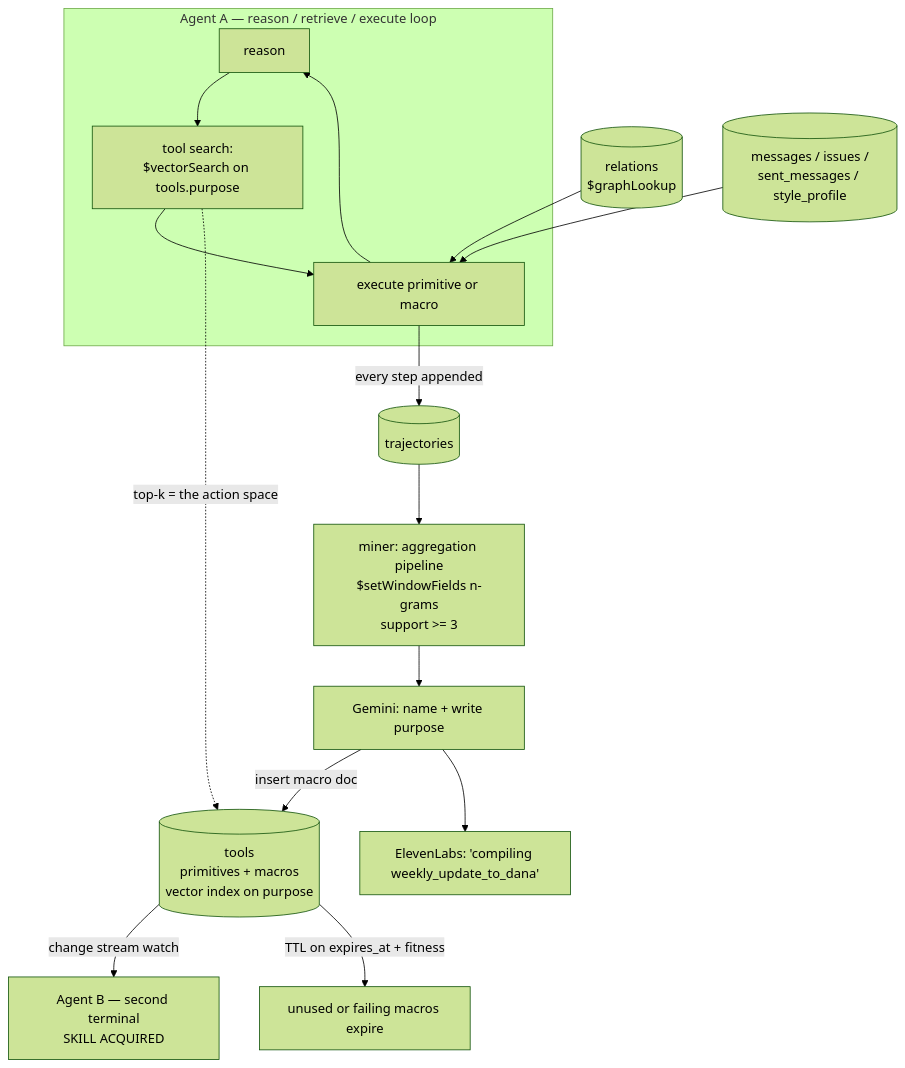
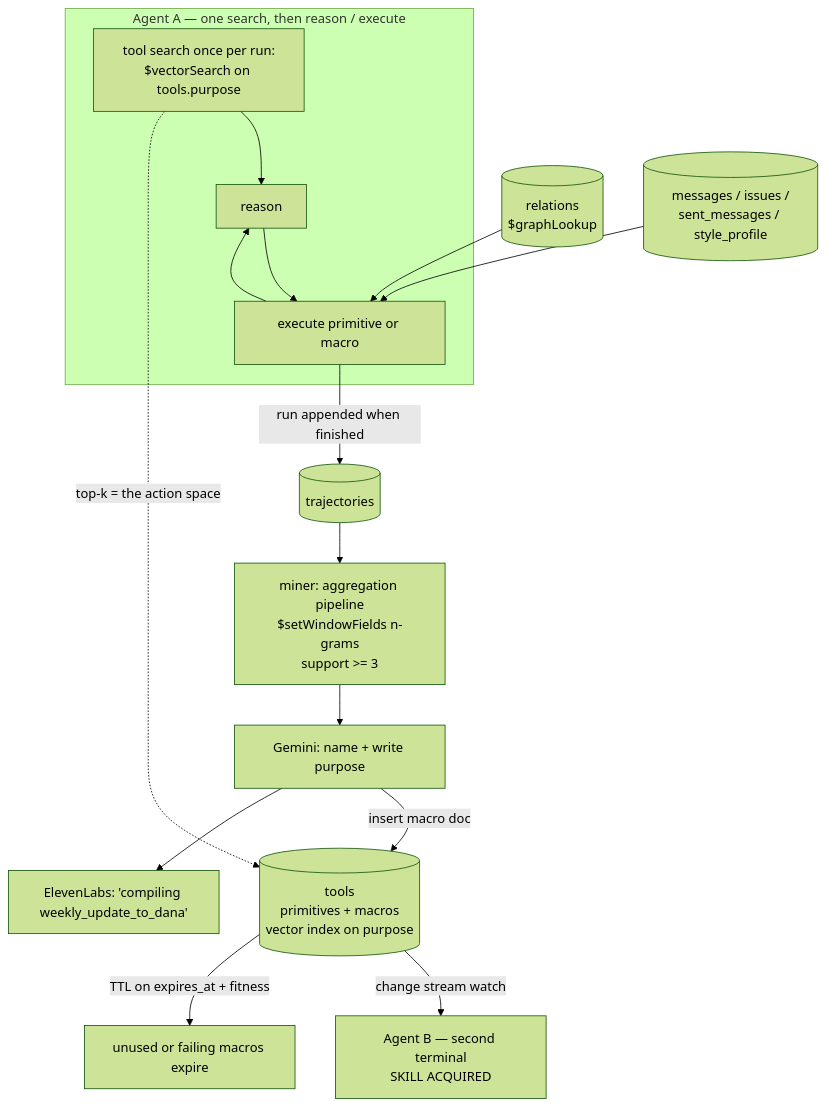
One commit to rohangandotra18/perpetual changed the second of 2 diagrams in README.md. Above: the diagram before and after it, drawn with Mermaid (forest theme). The commit also changed other lines of this file and 5 other files, not shown here.

First line of the commit message:
Align remaining architecture mismatches with the running system.

````diff
--- a/README.md
+++ b/README.md
@@ -71,22 +71,22 @@
 ```mermaid
 flowchart TB
-    subgraph Agent["Agent A — reason / retrieve / execute loop"]
-        R[reason] --> TS["tool search:<br/>$vectorSearch on tools.purpose"]
-        TS --> EX[execute primitive or macro]
+    subgraph Agent["Agent A — one search, then reason / execute"]
+        TS["tool search once per run:<br/>$vectorSearch on tools.purpose"] --> R[reason]
+        R --> EX[execute primitive or macro]
         EX --> R
     end
 
-    EX -->|every step appended| TR[("trajectories")]
+    EX -->|run appended when finished| TR[("trajectories")]
     TS -.->|top-k = the action space| TOOLS[("tools<br/>primitives + macros<br/>vector index on purpose")]
 
     TR --> MINER["miner: aggregation pipeline<br/>$setWindowFields n-grams<br/>support >= 3"]
     MINER --> NAME["Gemini: name + write purpose"]
     NAME -->|insert macro doc| TOOLS
     NAME --> VOICE["ElevenLabs: 'compiling weekly_update_to_dana'"]
 
     TOOLS -->|change stream watch| B["Agent B — second terminal<br/>SKILL ACQUIRED"]
 
     GRAPH[("relations<br/>$graphLookup")] --> EX
     CORPUS[("messages / issues /<br/>sent_messages / style_profile")] --> EX
     TOOLS -->|TTL on expires_at + fitness| DEATH["unused or failing macros expire"]
 ```
````
